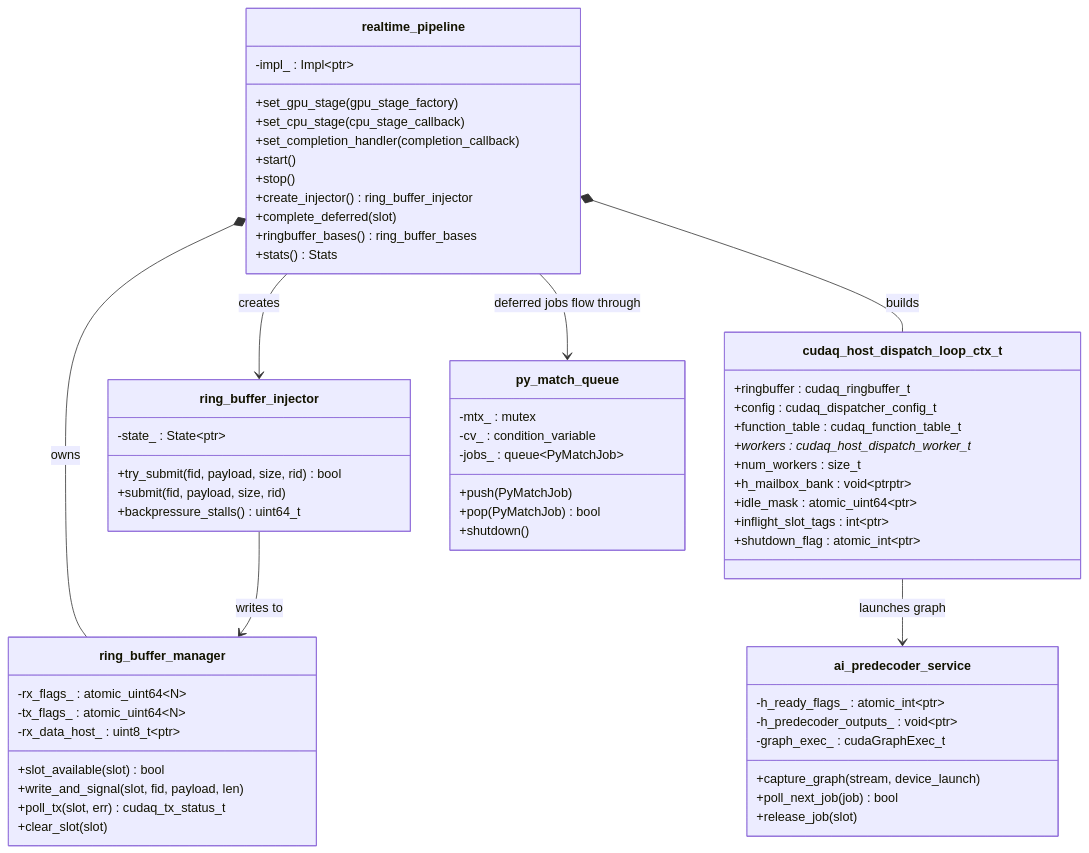
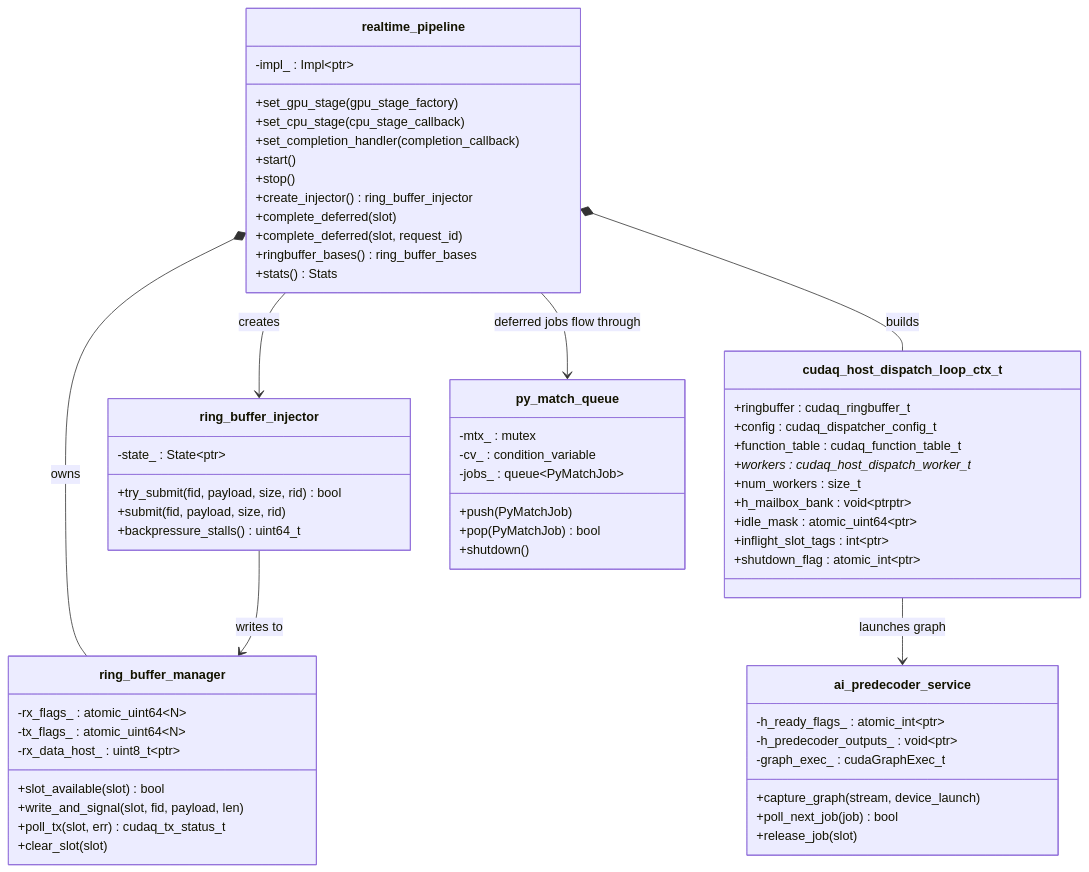
One commit to NVIDIA/cudaqx changed the first of 8 diagrams in libs/qec/lib/realtime/realtime_pipeline_architecture.md. Above: the diagram before and after it, drawn with Mermaid. The commit also changed other lines of this file and 15 other files, not shown here.

````diff
--- a/libs/qec/lib/realtime/realtime_pipeline_architecture.md
+++ b/libs/qec/lib/realtime/realtime_pipeline_architecture.md
@@ -5,69 +5,70 @@
 ```mermaid
 classDiagram
     class realtime_pipeline {
         -impl_ : Impl~ptr~
         +set_gpu_stage(gpu_stage_factory)
         +set_cpu_stage(cpu_stage_callback)
         +set_completion_handler(completion_callback)
         +start()
         +stop()
         +create_injector() ring_buffer_injector
         +complete_deferred(slot)
+        +complete_deferred(slot, request_id)
         +ringbuffer_bases() ring_buffer_bases
         +stats() Stats
     }
 
     class ring_buffer_injector {
         -state_ : State~ptr~
         +try_submit(fid, payload, size, rid) bool
         +submit(fid, payload, size, rid)
         +backpressure_stalls() uint64_t
     }
 
     class ring_buffer_manager {
         -rx_flags_ : atomic_uint64~N~
         -tx_flags_ : atomic_uint64~N~
         -rx_data_host_ : uint8_t~ptr~
         +slot_available(slot) bool
         +write_and_signal(slot, fid, payload, len)
         +poll_tx(slot, err) cudaq_tx_status_t
         +clear_slot(slot)
     }
 
     class cudaq_host_dispatch_loop_ctx_t {
         +ringbuffer : cudaq_ringbuffer_t
         +config : cudaq_dispatcher_config_t
         +function_table : cudaq_function_table_t
         +workers : cudaq_host_dispatch_worker_t*
         +num_workers : size_t
         +h_mailbox_bank : void~ptrptr~
         +idle_mask : atomic_uint64~ptr~
         +inflight_slot_tags : int~ptr~
         +shutdown_flag : atomic_int~ptr~
     }
 
     class ai_predecoder_service {
         -h_ready_flags_ : atomic_int~ptr~
         -h_predecoder_outputs_ : void~ptr~
         -graph_exec_ : cudaGraphExec_t
         +capture_graph(stream, device_launch)
         +poll_next_job(job) bool
         +release_job(slot)
     }
 
     class py_match_queue {
         -mtx_ : mutex
         -cv_ : condition_variable
         -jobs_ : queue~PyMatchJob~
         +push(PyMatchJob)
         +pop(PyMatchJob) bool
         +shutdown()
     }
 
     realtime_pipeline *-- ring_buffer_manager : owns
     realtime_pipeline *-- cudaq_host_dispatch_loop_ctx_t : builds
     realtime_pipeline --> ring_buffer_injector : creates
     ring_buffer_injector --> ring_buffer_manager : writes to
     cudaq_host_dispatch_loop_ctx_t --> ai_predecoder_service : launches graph
     realtime_pipeline --> py_match_queue : deferred jobs flow through
 ```
````
